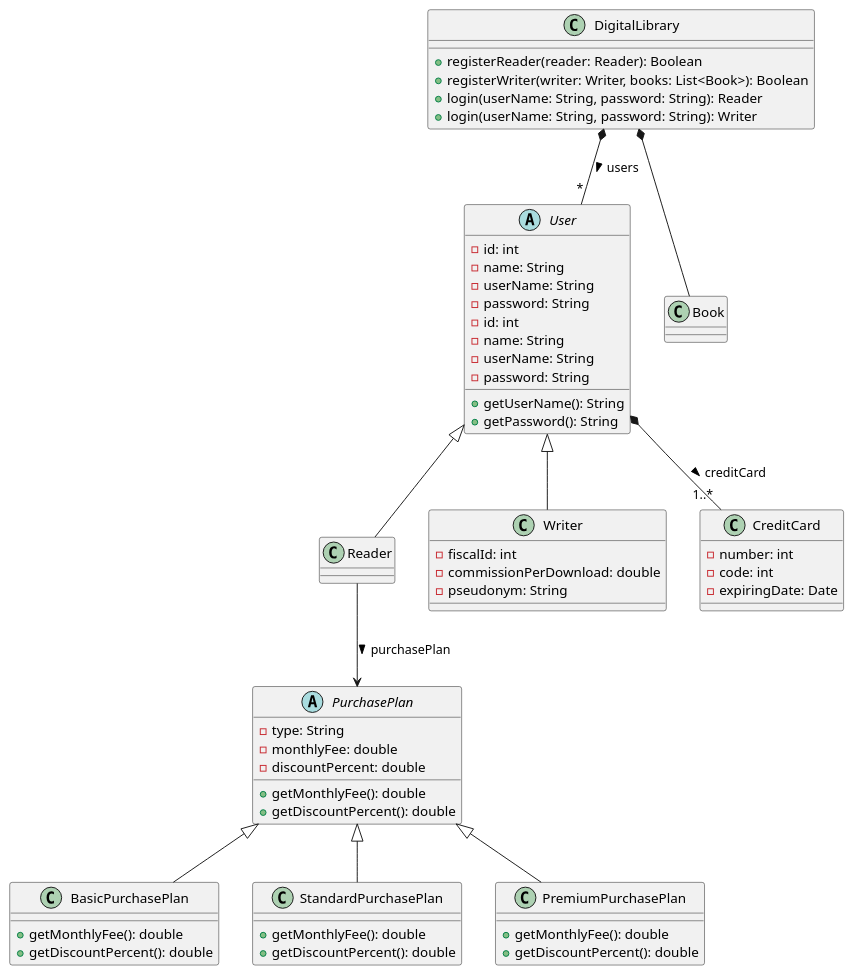
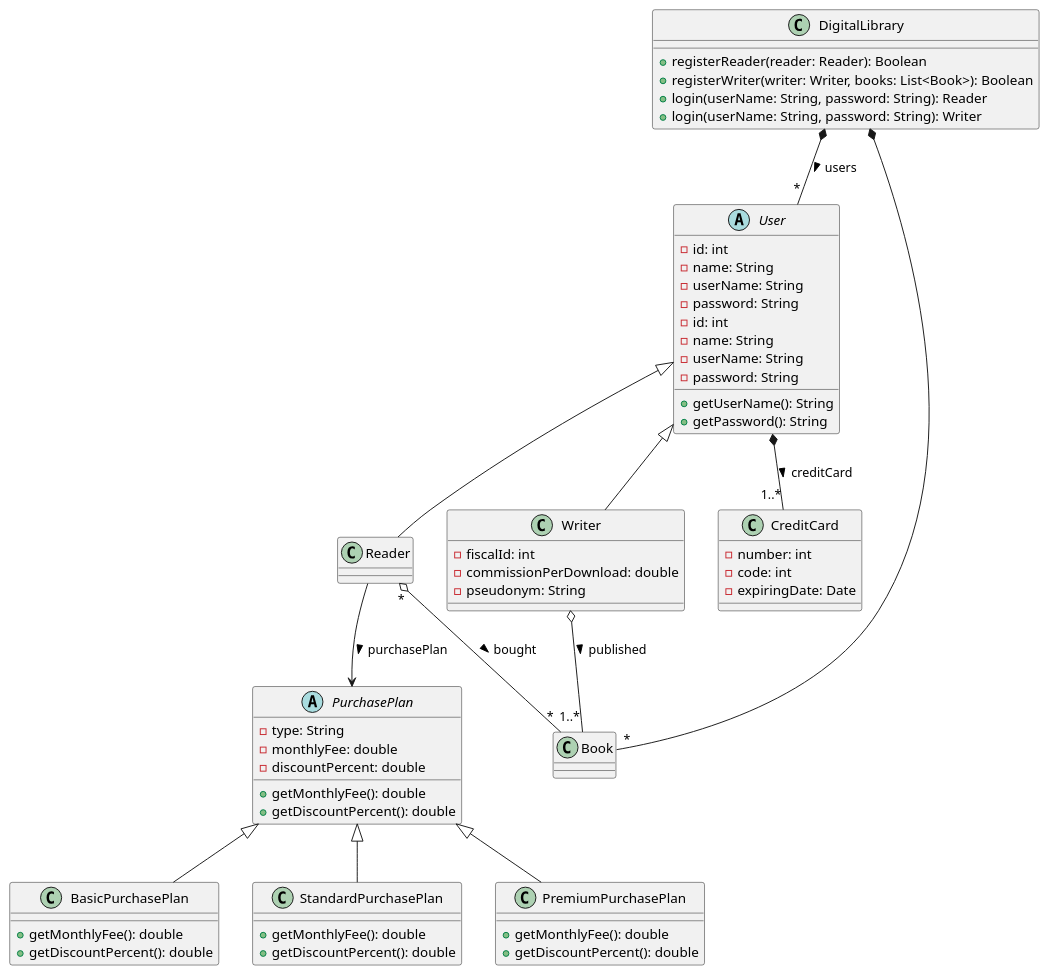
One commit to JulenSF/AyDS changed the diagram in P2/A2/A2.plantuml. Above: the diagram before and after it, drawn with PlantUML.

```diff
--- a/P2/A2/A2.plantuml
+++ b/P2/A2/A2.plantuml
@@ -1,113 +1,114 @@
 @startuml
 
 'Se busca diseñar una biblioteca digital de libros electrónicos online que facilite a escritores la publicación 
 'de sus obras para que los lectores puedan acceder a ellos en línea.
 
 class DigitalLibrary{}
 
 'La plataforma contará con dos tipos de usuarios: escritores y lectores. Cada usuario tendrá un identificador 
 'interno único, su nombre completo, un nombre de usuario, una contraseña para autenticación, y una o más tarjetas 
 'de crédito (con número, un código de verificación de 3 cifras, y fecha de caducidad) en las que realizar los ingresos 
 'y cargos según corresponda.
 
 abstract class User{
     - id: int
     - name: String
     - userName: String
     - password: String
 } 
 
 User <|-- Reader
 User <|-- Writer
 User *-- "1..*" CreditCard : creditCard >
 
 class CreditCard{
     - number: int
     - code: int
     - expiringDate: Date
 }
 
 ' Para poder operar en la plataforma, esta deberá permitir dar de alta a los diferentes tipos de usuario, y que estos 
 ' puedan validar sus credenciales con nombre de usuario y clave.
 
 abstract class User{
     - id: int
     - name: String
     - userName: String
     - password: String
 
     + getUserName(): String
     + getPassword(): String
 }
 
 'class DigitalLibrary{
 '    + registerReader(reader: Reader): Boolean
 '    + registerWriter(writer: Writer): Boolean
 '    + login(userName: String, password: String): Reader
 '    + login(userName: String, password: String): Writer
 '}
 
 DigitalLibrary *-- "*" User : users >
 
 'Los escritores proporcionarán un número de identificación fiscal, un porcentaje de comisión por cada descarga de 
 'sus libros por parte de los lectores, y un nombre comercial o pseudónimo literario.
 
 class Writer{
     - fiscalId: int
     - commissionPerDownload: double
     - pseudonym: String
 }
 
 'Para registrarse, un escritor debe tener al menos un libro que publicar. La plataforma podrá acceder a los libros 
 'de cualquier escritor registrado en cualquier momento.
 
 class DigitalLibrary{
     + registerReader(reader: Reader): Boolean
     + registerWriter(writer: Writer, books: List<Book>): Boolean
     + login(userName: String, password: String): Reader
     + login(userName: String, password: String): Writer
 }
 
-DigitalLibrary *-- Book
+Writer o-- "1..*" Book : published >
+DigitalLibrary *-- "*" Book
 
 'Por su parte, los lectores tendrán un plan de precios asociado. Los planes pueden ser: Básico (sin tarifa mensual, 
 'se paga sólo por los libros adquiridos), Estándar (tarifa mensual de 9.99€, con un descuento del 50% en todas las compras), 
 'o Premium (tarifa mensual de 19.99€, con acceso a todo el contenido sin coste adicional).
 
 abstract class PurchasePlan{
     - type: String
     - monthlyFee: double
     - discountPercent: double
 
     + getMonthlyFee(): double
     + getDiscountPercent(): double
 }
 
 class BasicPurchasePlan{
     + getMonthlyFee(): double
     + getDiscountPercent(): double
 }
 
 class StandardPurchasePlan{
     + getMonthlyFee(): double
     + getDiscountPercent(): double
 }
 
 class PremiumPurchasePlan{
     + getMonthlyFee(): double
     + getDiscountPercent(): double
 }
 
 Reader --> PurchasePlan : purchasePlan >
 PurchasePlan <|-- BasicPurchasePlan
 PurchasePlan <|-- StandardPurchasePlan
 PurchasePlan <|-- PremiumPurchasePlan
 
 'La plataforma deberá tener acceso al registro de los libros comprados por los lectores, y calcular el importe mensual a 
 'pagar por cada uno de estos, atendiendo al plan de precios al que se encuentra abonado. El cálculo del importe mensual debe 
 'contemplar todos los libros comprados por el lector ese mes, más la cuota mensual de subscripción según su plan, más los 
 'actos promocionales a los que se ha apuntado (como se detalla más abajo).
 
-
+Reader "*" o-- "*" Book : bought >
 
 @enduml
```
